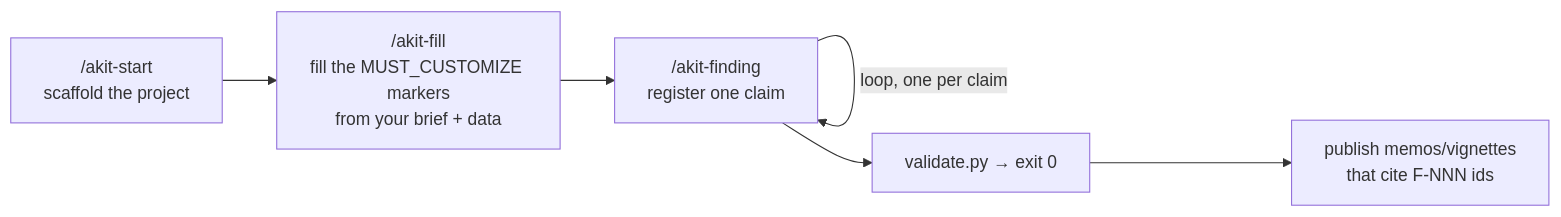
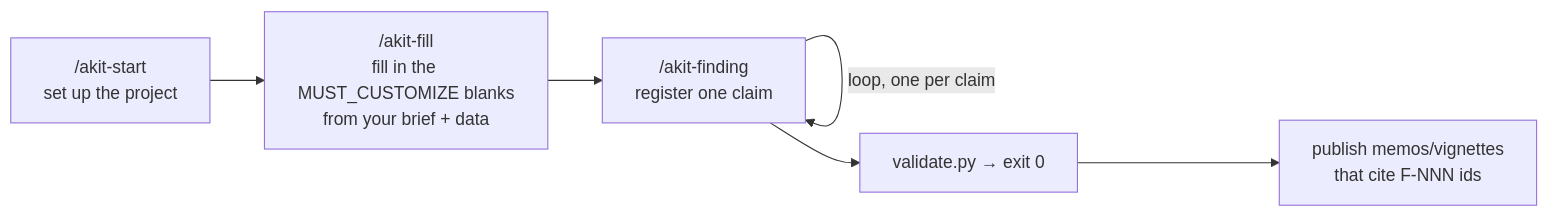
One commit to stephs-repos/analysis-kit changed the sixth of 6 diagrams in docs/CONCEPTS.md. Above: the diagram before and after it, drawn with Mermaid. The commit also changed other lines of this file, not shown here.

````diff
--- a/docs/CONCEPTS.md
+++ b/docs/CONCEPTS.md
@@ -331,8 +346,8 @@
 ```mermaid
 flowchart LR
-  S["/akit-start<br/>scaffold the project"] --> Fl["/akit-fill<br/>fill the MUST_CUSTOMIZE markers<br/>from your brief + data"]
+  S["/akit-start<br/>set up the project"] --> Fl["/akit-fill<br/>fill in the MUST_CUSTOMIZE blanks<br/>from your brief + data"]
   Fl --> Find["/akit-finding<br/>register one claim"]
   Find -->|loop, one per claim| Find
   Find --> Val["validate.py → exit 0"]
   Val --> Pub["publish memos/vignettes<br/>that cite F-NNN ids"]
 ```
````
